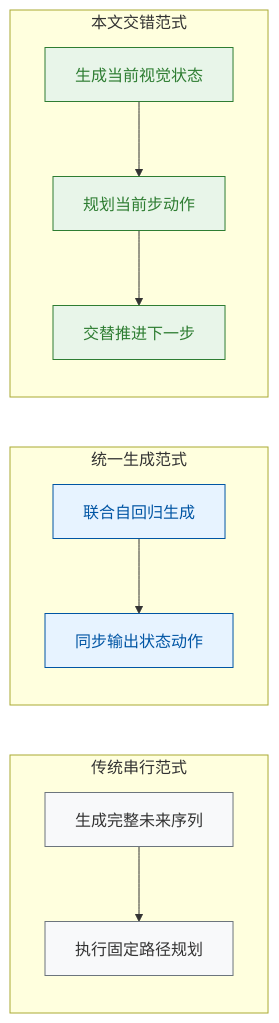
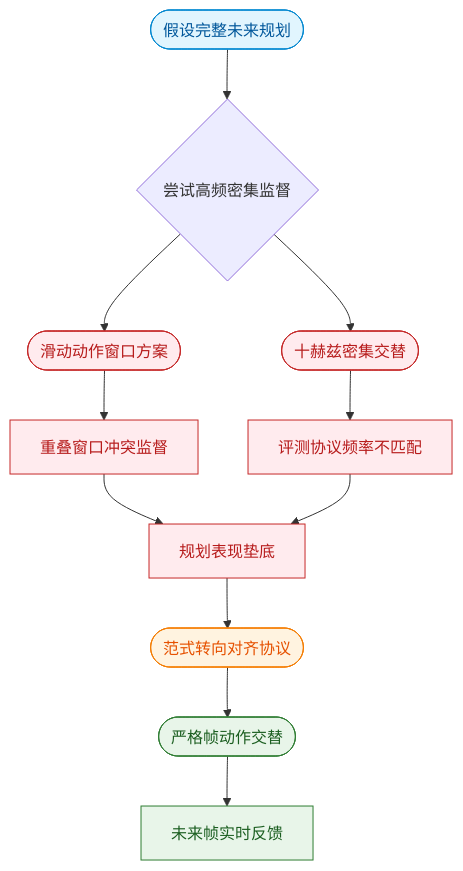
Before and after one commit to ShinewineW/paper-rolling: the seventh of 10 diagrams in person_vault/2026-06-13_UniWorldVLAInterleavedWorldModelingAndPlanningForAD_2603.27287/report.md, drawn with Mermaid. The commit also changed other lines of this file and 5 other files, not shown here.

````diff
--- a/person_vault/2026-06-13_UniWorldVLAInterleavedWorldModelingAndPlanningForAD_2603.27287/report.md
+++ b/person_vault/2026-06-13_UniWorldVLAInterleavedWorldModelingAndPlanningForAD_2603.27287/report.md
@@ -416,19 +476,18 @@
 ```mermaid
-flowchart LR
-    subgraph 传统串行范式
-        pred_seq["生成完整未来序列"] --> plan_fixed["执行固定路径规划"]
-    end
-    subgraph 统一生成范式
-        joint_gen["联合自回归生成"] --> sync_out["同步输出状态动作"]
-    end
-    subgraph 本文交错范式
-        gen_step["生成当前视觉状态"] --> plan_step["规划当前步动作"]
-        plan_step --> loop_next["交替推进下一步"]
-    end
-    classDef trad fill:#f8f9fa,color:#333333,stroke:#6c757d;
-    classDef uni fill:#e7f3ff,color:#0055a4,stroke:#0055a4;
-    classDef ours fill:#e8f5e9,color:#2e7d32,stroke:#2e7d32;
-    class pred_seq,plan_fixed trad;
-    class joint_gen,sync_out uni;
-    class gen_step,plan_step,loop_next ours;
+flowchart TD
+  classDef start fill:#e1f5fe,color:#01579b,stroke:#0288d1
+  classDef dead fill:#ffebee,color:#b71c1c,stroke:#c62828
+  classDef pivot fill:#fff3e0,color:#e65100,stroke:#f57c00
+  classDef success fill:#e8f5e9,color:#1b5e20,stroke:#2e7d32
+
+  init_hypothesis(["假设完整未来规划"]):::start --> try_dense_supervision{尝试高频密集监督}
+  try_dense_supervision --> sliding_window(["滑动动作窗口方案"]):::dead
+  try_dense_supervision --> ten_hz_dense(["十赫兹密集交替"]):::dead
+  sliding_window --> conflict_supervision["重叠窗口冲突监督"]:::dead
+  ten_hz_dense --> protocol_mismatch["评测协议频率不匹配"]:::dead
+  conflict_supervision --> worst_planning["规划表现垫底"]:::dead
+  protocol_mismatch --> worst_planning
+  worst_planning --> paradigm_shift(["范式转向对齐协议"]):::pivot
+  paradigm_shift --> strict_fa_alt(["严格帧动作交替"]):::success
+  strict_fa_alt --> realtime_feedback["未来帧实时反馈"]:::success
 ```
````
